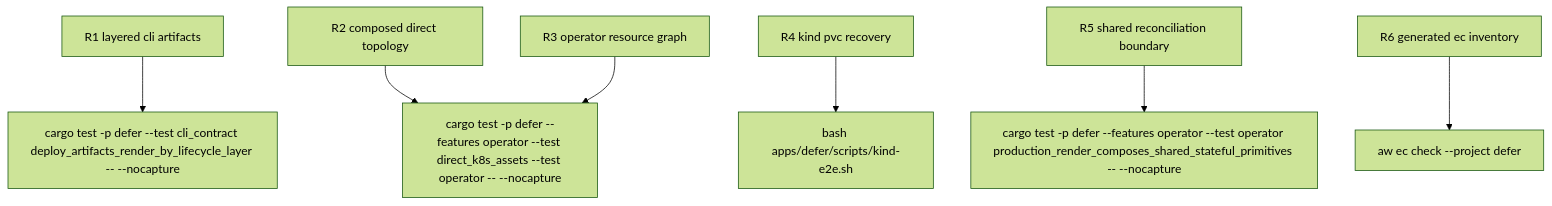
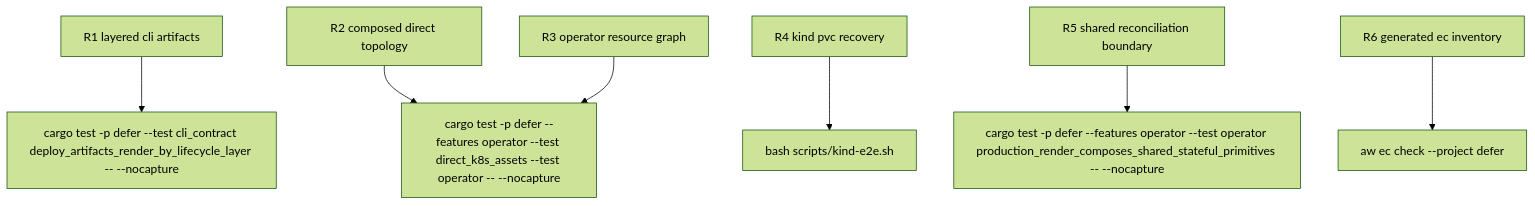
The second of 2 diagrams in tech-design/semantic/close-capability-claim-kubernetes-native-deployment-dedicated-ta.md (faberline/defer), drawn with Mermaid (forest theme) before and after one commit. The commit also changed other lines of this file and 86 other files, not shown here.

````diff
--- a/tech-design/semantic/close-capability-claim-kubernetes-native-deployment-dedicated-ta.md
+++ b/tech-design/semantic/close-capability-claim-kubernetes-native-deployment-dedicated-ta.md
@@ -96,49 +96,49 @@
 ```mermaid
 ---
 id: defer-kubernetes-topology-verification
 requirements:
   composed_direct_topology:
     id: R2
     text: "Both the composed direct base and production overlay contain the exact connected StatefulSet, headless and client Services, PDB, probes, PVC, security, monitoring, and network-policy invariants, with no voter HPA."
     kind: regression
     risk: high
     verify: cargo test -p defer --features operator --test direct_k8s_assets --test operator -- --nocapture
   generated_ec_inventory:
     id: R6
     text: "The accepted CLI, rendered-topology, and real Kind recovery external-contract cases remain generated as production-required fail-closed runners bound to dedicated-task-service-topology."
     kind: regression
     risk: medium
     verify: aw ec check --project defer
   kind_pvc_recovery:
     id: R4
     text: "A disposable Kind cluster runs the current image and operator, verifies the reconciled topology and bound PVC, recovers queue and task state after a different pod UID takes over, accepts post-recovery mutations, and is deleted on success."
     kind: stability
     risk: high
-    verify: bash apps/defer/scripts/kind-e2e.sh
+    verify: bash scripts/kind-e2e.sh
   layered_cli_artifacts:
     id: R1
     text: "The Defer CLI independently renders version-bound source and release Dockerfiles, a structural CRD, a namespaced operator, and a production instance with three replicas per shard and backup policy."
     kind: functional
     risk: medium
     verify: cargo test -p defer --test cli_contract deploy_artifacts_render_by_lifecycle_layer -- --nocapture
   operator_resource_graph:
     id: R3
     text: "The feature-enabled operator renders exactly six production objects with a three-replica StatefulSet, exact peer and client services, PDB, PVC and probes, connected token signing and peer-TLS secrets, and an exact scheduled backup job."
     kind: functional
     risk: high
     verify: cargo test -p defer --features operator --test direct_k8s_assets --test operator -- --nocapture
   shared_reconciliation_boundary:
     id: R5
     text: "Defer contributes only its CR schema, domain defaults, and policy while the generic StatefulSet, Service, PDB, probe, storage, security, and backup composition remains provided by service-k8s primitives."
     kind: architecture
     risk: medium
     verify: cargo test -p defer --features operator --test operator production_render_composes_shared_stateful_primitives -- --nocapture
 ---
 flowchart TD
     r1[R1 layered cli artifacts] --> cargo_test_p_defer_test_cli_contract_deploy_artifacts_render_by_lifecycle_layer_nocapture[cargo test -p defer --test cli_contract deploy_artifacts_render_by_lifecycle_layer -- --nocapture]
     r2[R2 composed direct topology] --> cargo_test_p_defer_features_operator_test_direct_k8s_assets_test_operator_nocapture[cargo test -p defer --features operator --test direct_k8s_assets --test operator -- --nocapture]
     r3[R3 operator resource graph] --> cargo_test_p_defer_features_operator_test_direct_k8s_assets_test_operator_nocapture
-    r4[R4 kind pvc recovery] --> bash_apps_defer_scripts_kind_e2e_sh[bash apps/defer/scripts/kind-e2e.sh]
+    r4[R4 kind pvc recovery] --> bash_apps_defer_scripts_kind_e2e_sh[bash scripts/kind-e2e.sh]
     r5[R5 shared reconciliation boundary] --> cargo_test_p_defer_features_operator_test_operator_production_render_composes_shared_stateful_primitives_nocapture[cargo test -p defer --features operator --test operator production_render_composes_shared_stateful_primitives -- --nocapture]
     r6[R6 generated ec inventory] --> aw_ec_check_project_defer[aw ec check --project defer]
 ```
````
